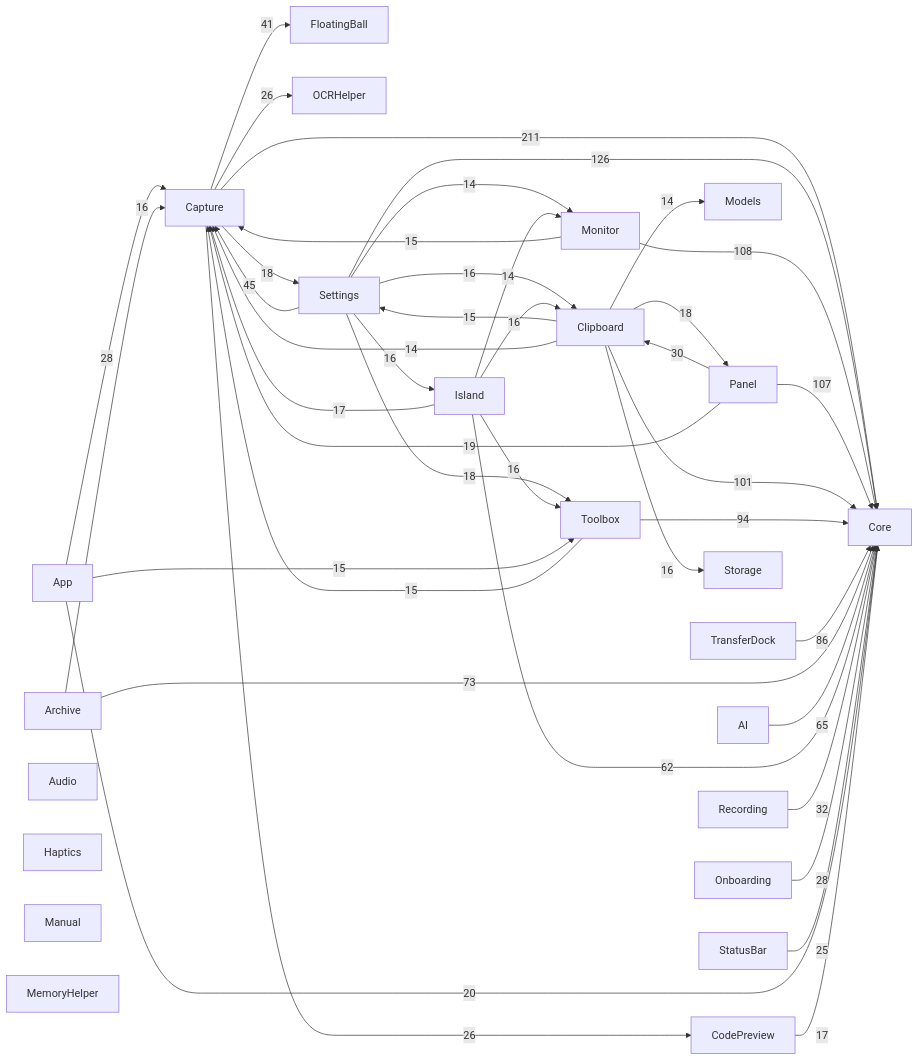
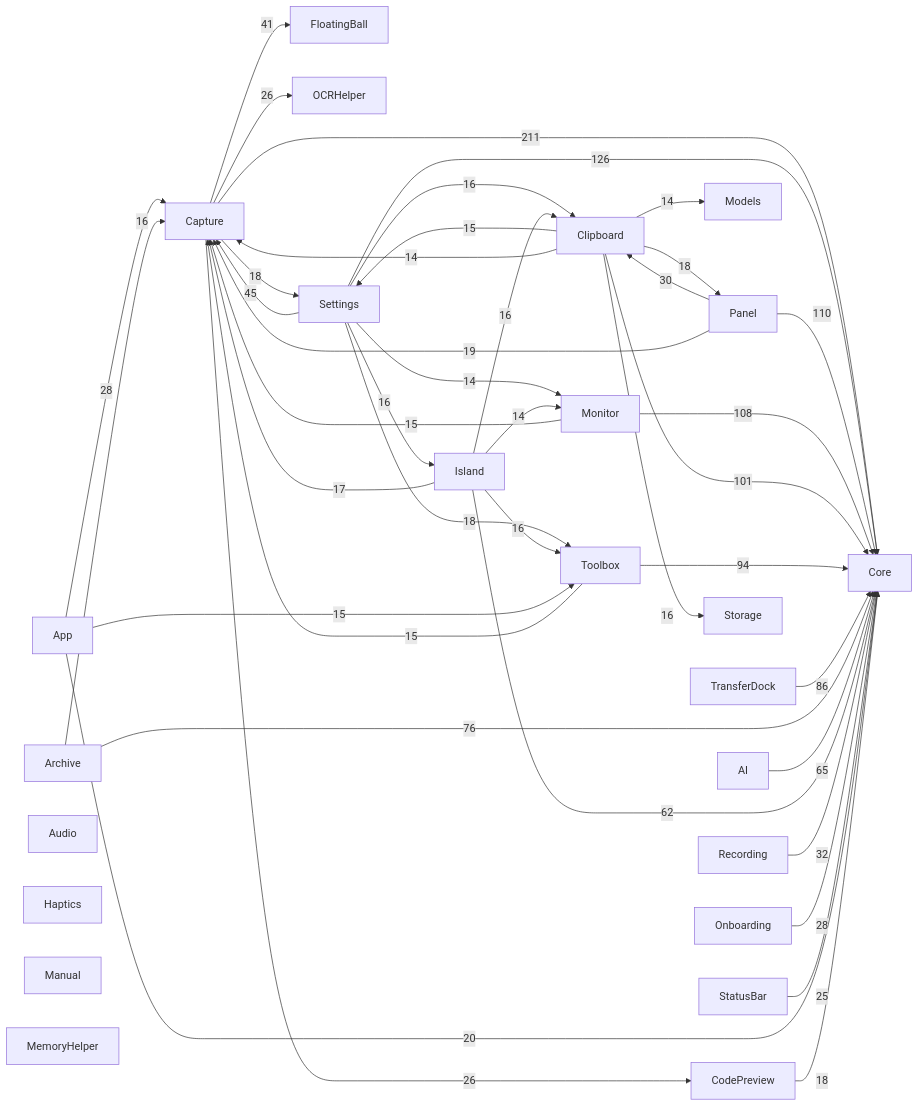
The diagram in docs/00-总览/模块依赖图.md (sxyq/Kitnest), drawn with Mermaid before and after one commit. The commit also changed other lines of this file and 17 other files, not shown here.

````diff
--- a/docs/00-总览/模块依赖图.md
+++ b/docs/00-总览/模块依赖图.md
@@ -38,67 +38,67 @@
 ```mermaid
 flowchart LR
   M0["AI"]
   M1["App"]
   M2["Archive"]
   M3["Audio"]
   M4["Capture"]
   M5["Clipboard"]
   M6["CodePreview"]
   M7["Core"]
   M8["FloatingBall"]
   M9["Haptics"]
   M10["Island"]
   M11["Manual"]
   M12["MemoryHelper"]
   M13["Models"]
   M14["Monitor"]
   M15["OCRHelper"]
   M16["Onboarding"]
   M17["Panel"]
   M18["Recording"]
   M19["Settings"]
   M20["StatusBar"]
   M21["Storage"]
   M22["Toolbox"]
   M23["TransferDock"]
   M4 -->|211| M7
   M19 -->|126| M7
+  M17 -->|110| M7
   M14 -->|108| M7
-  M17 -->|107| M7
   M5 -->|101| M7
   M22 -->|94| M7
   M23 -->|86| M7
-  M2 -->|73| M7
+  M2 -->|76| M7
   M0 -->|65| M7
   M10 -->|62| M7
   M19 -->|45| M4
   M4 -->|41| M8
   M18 -->|32| M7
   M17 -->|30| M5
   M1 -->|28| M4
   M16 -->|28| M7
   M4 -->|26| M15
   M4 -->|26| M6
   M20 -->|25| M7
   M1 -->|20| M7
   M17 -->|19| M4
   M19 -->|18| M22
   M4 -->|18| M19
+  M6 -->|18| M7
   M5 -->|18| M17
-  M6 -->|17| M7
   M10 -->|17| M4
   M19 -->|16| M5
   M19 -->|16| M10
   M2 -->|16| M4
   M10 -->|16| M22
   M10 -->|16| M5
   M5 -->|16| M21
   M1 -->|15| M22
   M14 -->|15| M4
   M22 -->|15| M4
   M5 -->|15| M19
   M19 -->|14| M14
   M10 -->|14| M14
   M5 -->|14| M4
   M5 -->|14| M13
 ```
````
